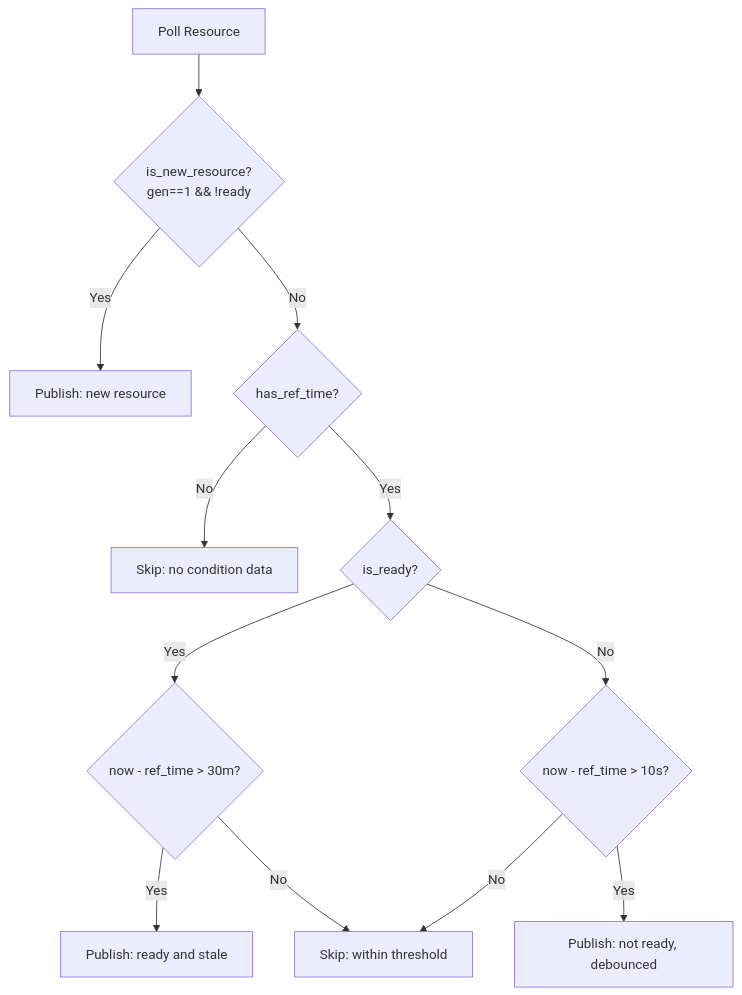
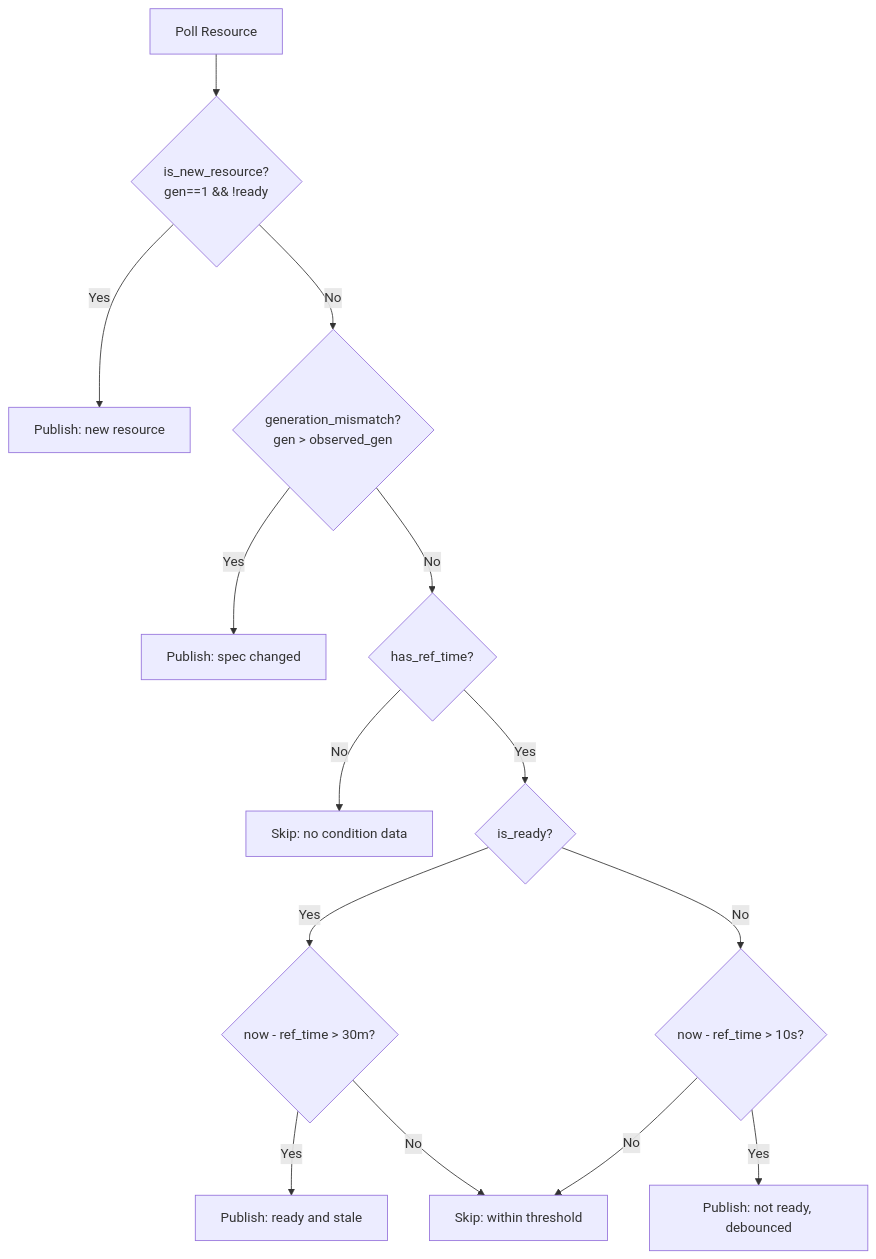
One commit to openshift-hyperfleet/hyperfleet-sentinel changed the second of 3 diagrams in docs/sentinel-operator-guide.md. Above: the diagram before and after it, drawn with Mermaid. The commit also changed other lines of this file and 14 other files, not shown here.

````diff
--- a/docs/sentinel-operator-guide.md
+++ b/docs/sentinel-operator-guide.md
@@ -170,14 +171,16 @@
 ```mermaid
 graph TD
     START[Poll Resource] --> CHECK1{is_new_resource?<br>gen==1 && !ready}
     CHECK1 -->|Yes| PUB1[Publish: new resource]
-    CHECK1 -->|No| CHECK2{has_ref_time?}
+    CHECK1 -->|No| CHECK1B{generation_mismatch?<br>gen > observed_gen}
+    CHECK1B -->|Yes| PUB1B[Publish: spec changed]
+    CHECK1B -->|No| CHECK2{has_ref_time?}
     CHECK2 -->|No| SKIP[Skip: no condition data]
     CHECK2 -->|Yes| CHECK3{is_ready?}
     CHECK3 -->|Yes| CHECK4{"now - ref_time > 30m?"}
     CHECK3 -->|No| CHECK5{"now - ref_time > 10s?"}
     CHECK4 -->|Yes| PUB2[Publish: ready and stale]
     CHECK4 -->|No| SKIP2[Skip: within threshold]
     CHECK5 -->|Yes| PUB3[Publish: not ready, debounced]
     CHECK5 -->|No| SKIP2
 ```
````
